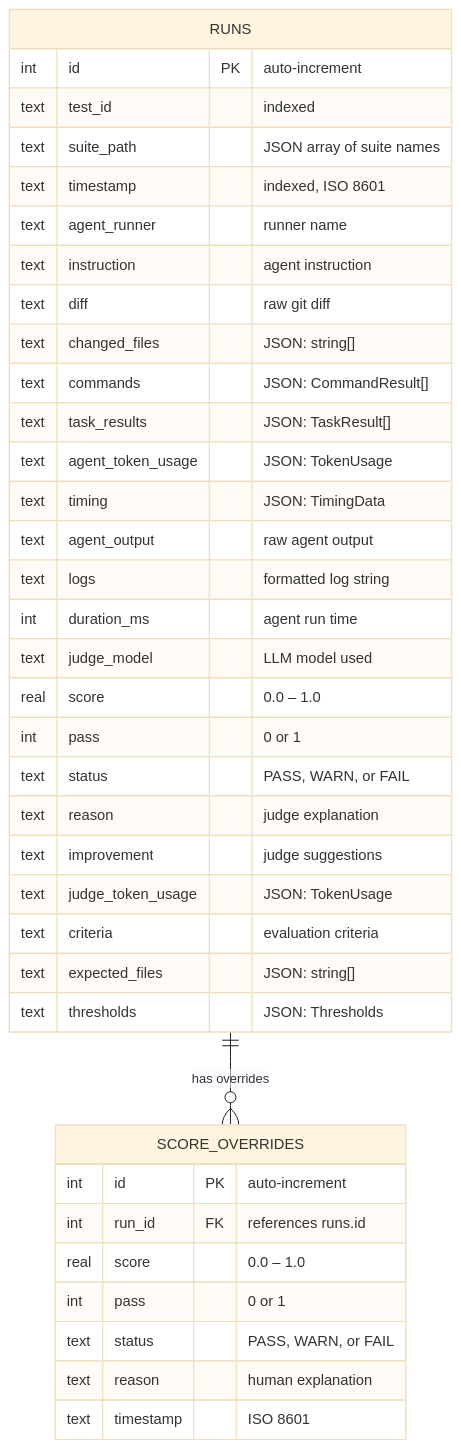
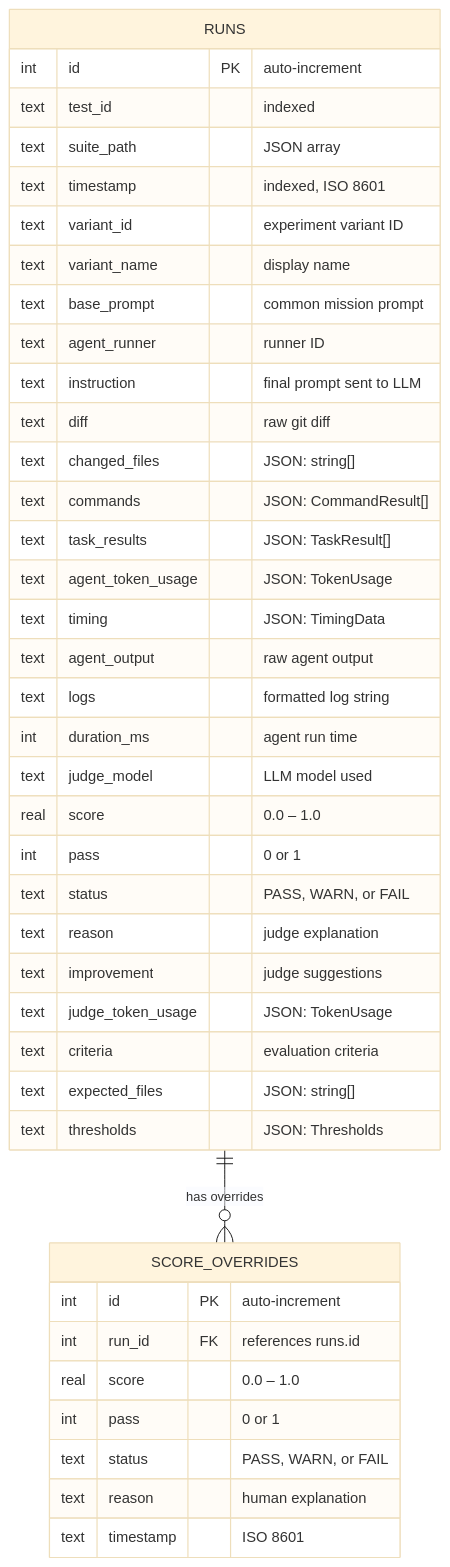
Before and after one commit to Tlahey/agent-eval: the diagram in apps/docs/api/ledger.md, drawn with Mermaid (base theme). The commit also changed other lines of this file and 59 other files, not shown here.

Commit message:
chore(release): final sync for mission-based testing and experiments

````diff
--- a/apps/docs/api/ledger.md
+++ b/apps/docs/api/ledger.md
@@ -141,40 +127,43 @@
 ```mermaid
 erDiagram
     RUNS {
         int id PK "auto-increment"
         text test_id "indexed"
-        text suite_path "JSON array of suite names"
+        text suite_path "JSON array"
         text timestamp "indexed, ISO 8601"
-        text agent_runner "runner name"
-        text instruction "agent instruction"
+        text variant_id "experiment variant ID"
+        text variant_name "display name"
+        text base_prompt "common mission prompt"
+        text agent_runner "runner ID"
+        text instruction "final prompt sent to LLM"
         text diff "raw git diff"
         text changed_files "JSON: string[]"
         text commands "JSON: CommandResult[]"
         text task_results "JSON: TaskResult[]"
         text agent_token_usage "JSON: TokenUsage"
         text timing "JSON: TimingData"
         text agent_output "raw agent output"
         text logs "formatted log string"
         int duration_ms "agent run time"
         text judge_model "LLM model used"
         real score "0.0 – 1.0"
         int pass "0 or 1"
         text status "PASS, WARN, or FAIL"
         text reason "judge explanation"
         text improvement "judge suggestions"
         text judge_token_usage "JSON: TokenUsage"
         text criteria "evaluation criteria"
         text expected_files "JSON: string[]"
         text thresholds "JSON: Thresholds"
     }
     SCORE_OVERRIDES {
         int id PK "auto-increment"
         int run_id FK "references runs.id"
         real score "0.0 – 1.0"
         int pass "0 or 1"
         text status "PASS, WARN, or FAIL"
         text reason "human explanation"
         text timestamp "ISO 8601"
     }
     RUNS ||--o{ SCORE_OVERRIDES : "has overrides"
 ```
````
